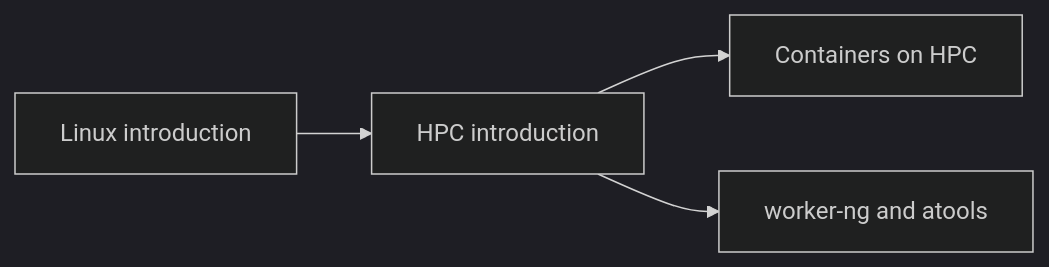
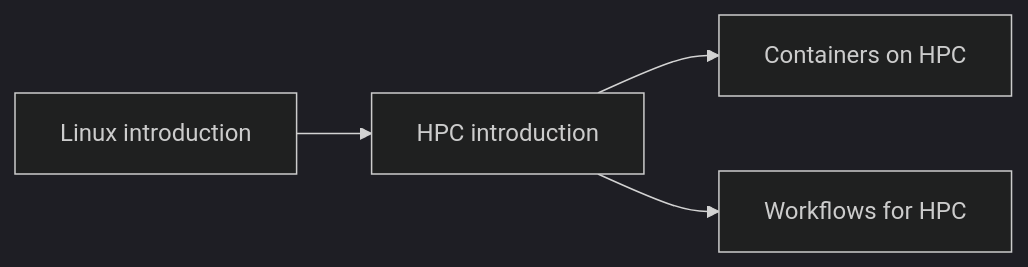
One commit to gjbex/Training-sessions changed the diagram in docs/using_hpc_systems.md. Above: the diagram before and after it, drawn with Mermaid (dark theme).

Commit message:
Replace worker & atools training by Workflows on HPC

````diff
--- a/docs/using_hpc_systems.md
+++ b/docs/using_hpc_systems.md
@@ -3,10 +3,10 @@
 ```mermaid
 graph LR
     Linux_intro[Linux introduction] --> HPC_intro[HPC introduction]
     HPC_intro --> Containers_on_HPC[Containers on HPC]
-    HPC_intro --> Worker_ng_and_atools[worker-ng and atools]
+    HPC_intro --> Workflows_for_HPC[Workflows for HPC]
     click Linux_intro "https://gjbex.github.io/Training-sessions/linux_intro" "Linux introduction"
     click HPC_intro "https://gjbex.github.io/Training-sessions/hpc_intro" "HPC introduction"
     click Containers_on_HPC "https://gjbex.github.io/Containers-for-HPC/" "Containers on HPC"
-    click Worker_ng_and_atools "https://gjbex.github.io/worker-and-atools/" "Worker nodes and atools"
+    click Workflows_for_HPC "https://gjbex.github.io/Workflows-for-HPC/" "Workflows for HPC"
 ```
````
